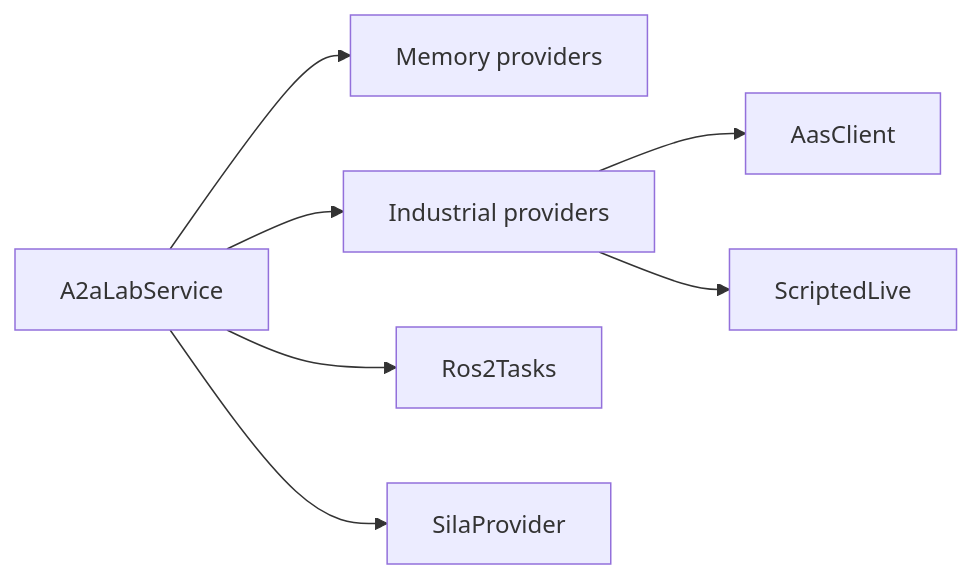
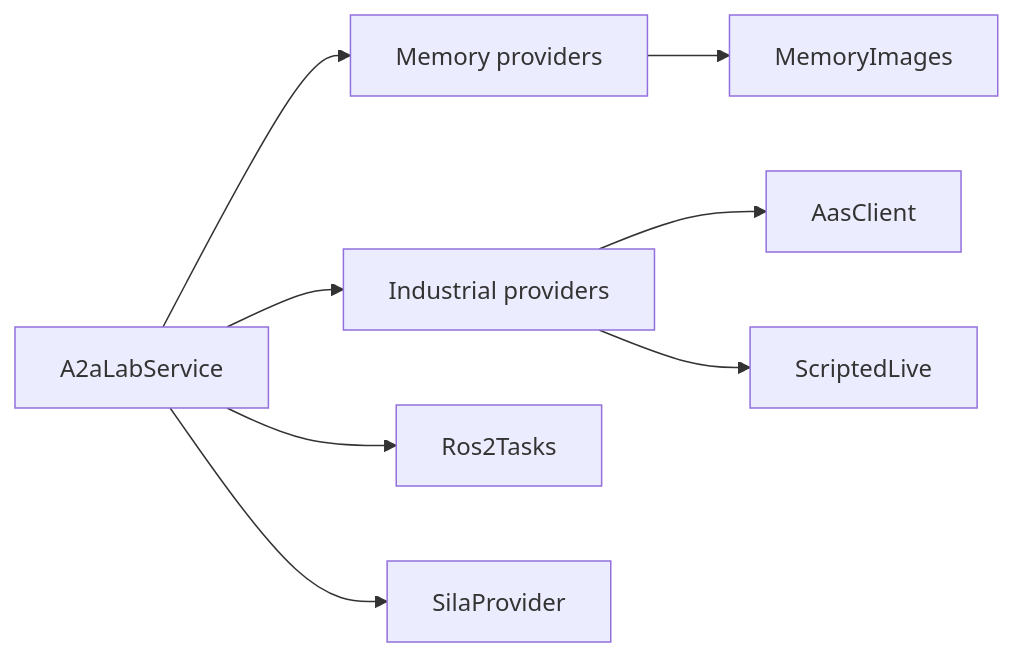
Before and after one commit to A3Analytics/a2a-lab-dev-kit-rs: the diagram in backlog/docs/reference/implementations/doc-18 - Implementations.md, drawn with Mermaid. The commit also changed other lines of this file and 54 other files, not shown here.

````diff
--- a/backlog/docs/reference/implementations/doc-18 - Implementations.md
+++ b/backlog/docs/reference/implementations/doc-18 - Implementations.md
@@ -17,11 +17,12 @@
 ```mermaid
 flowchart LR
   accTitle: Provider implementations
-  accDescr: A2aLabService uses memory providers, industrial providers, Ros2Tasks, and SilaProvider. Industrial providers use AasClient and ScriptedLive.
+  accDescr: A2aLabService uses memory providers, industrial providers, Ros2Tasks, and SilaProvider. Memory providers include MemoryImages. Industrial providers use AasClient and ScriptedLive.
   service["A2aLabService"] --> memory["Memory providers"]
+  memory --> memoryImages["MemoryImages"]
   service --> industrial["Industrial providers"]
   service --> ros["Ros2Tasks"]
   service --> sila["SilaProvider"]
   industrial --> catalog["AasClient"]
   industrial --> live["ScriptedLive"]
 ```
````
